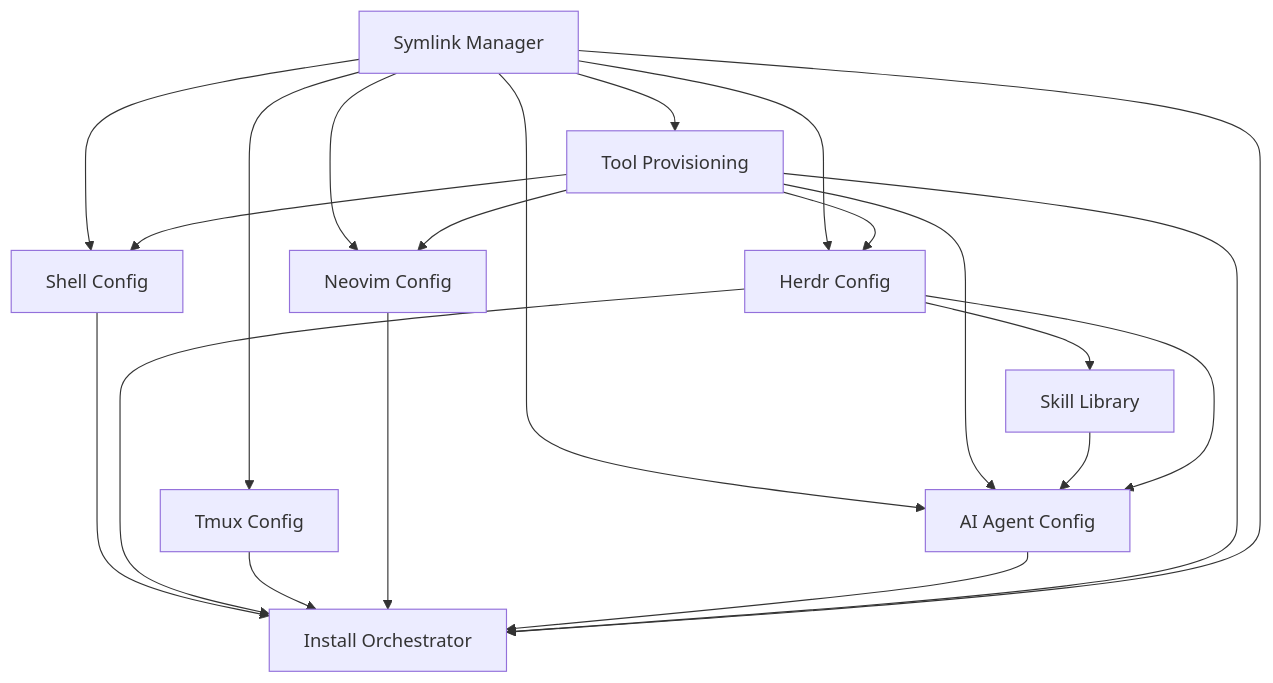
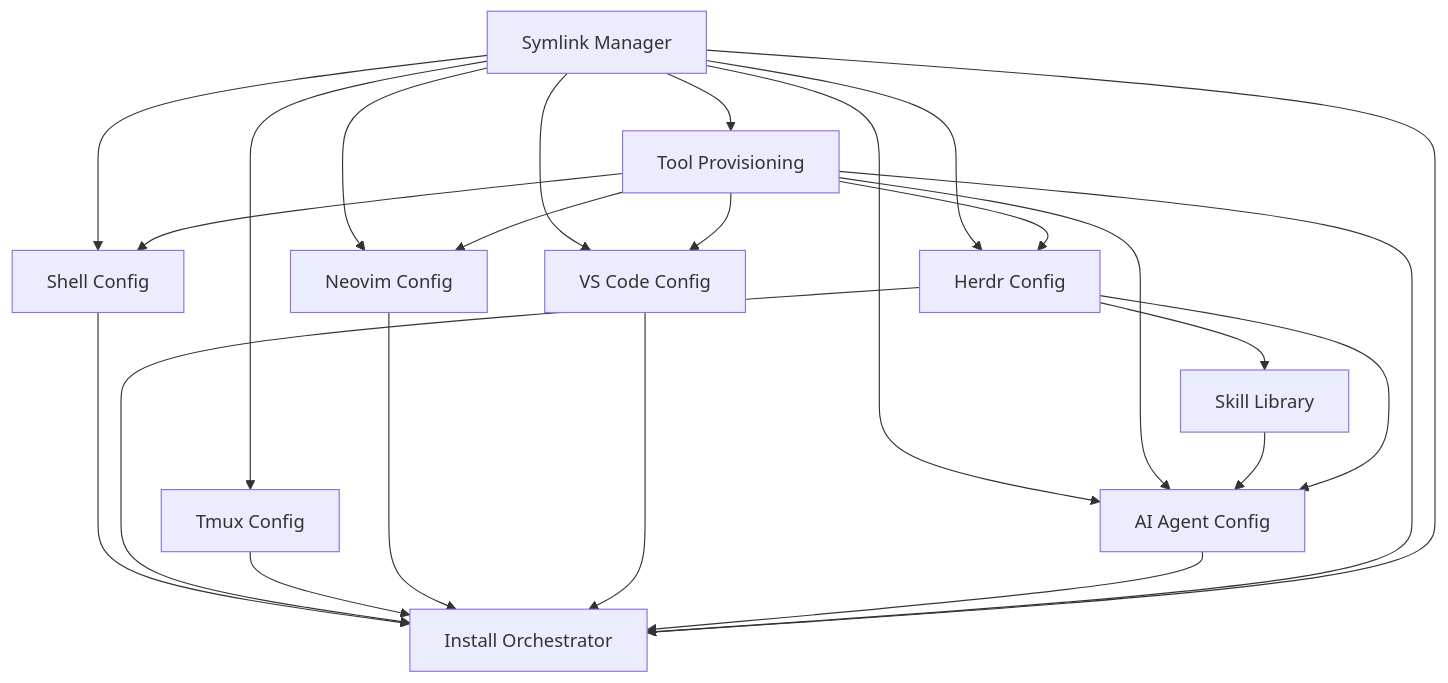
Before and after one commit to mtomcal/dotfiles: the diagram in specs/README.md, drawn with Mermaid. The commit also changed other lines of this file and 8 other files, not shown here.

````diff
--- a/specs/README.md
+++ b/specs/README.md
@@ -67,23 +71,26 @@
 ```mermaid
 graph TD
     symlink[Symlink Manager] --> tool[Tool Provisioning]
     symlink --> shell[Shell Config]
     symlink --> herdr[Herdr Config]
     symlink --> tmux[Tmux Config]
     symlink --> nvim[Neovim Config]
+    symlink --> vscode[VS Code Config]
     symlink --> ai[AI Agent Config]
     tool --> shell
     tool --> herdr
     tool --> nvim
+    tool --> vscode
     tool --> ai
     herdr --> skill[Skill Library]
     skill --> ai
     herdr --> ai
     shell --> install[Install Orchestrator]
     herdr --> install
     tmux --> install
     nvim --> install
+    vscode --> install
     ai --> install
     tool --> install
     symlink --> install
 ```
````
